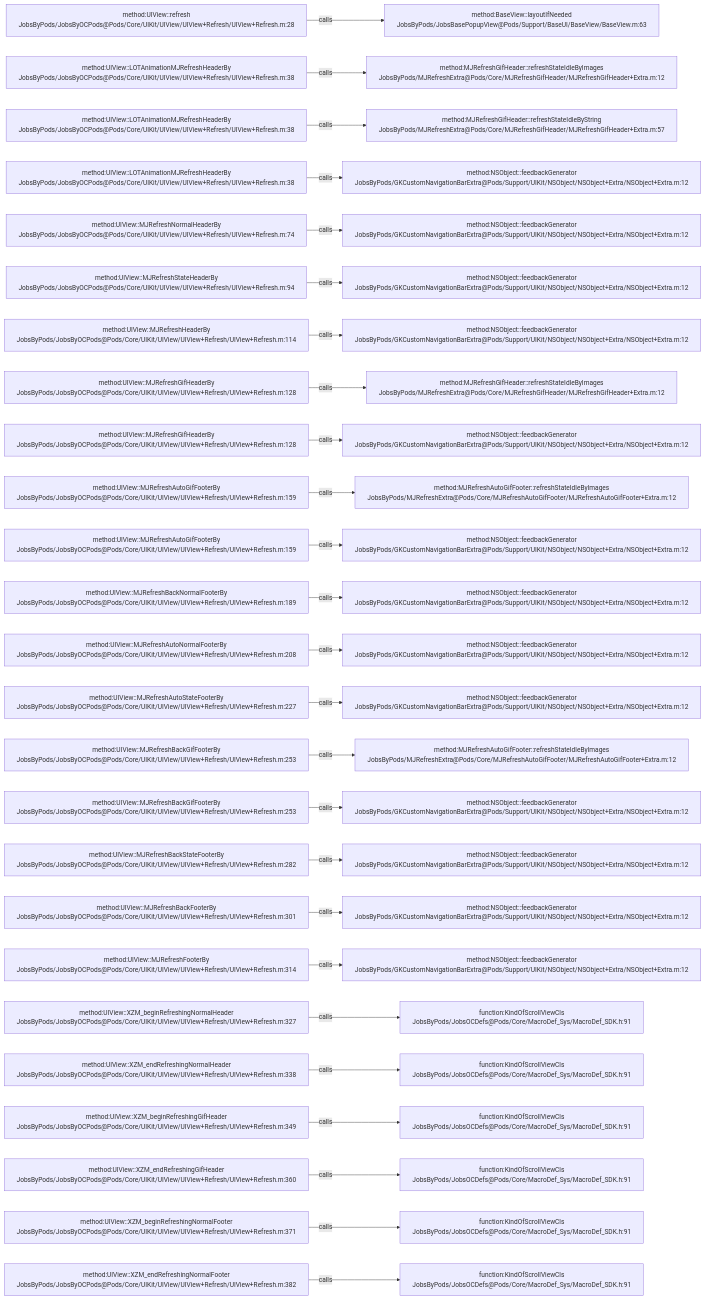
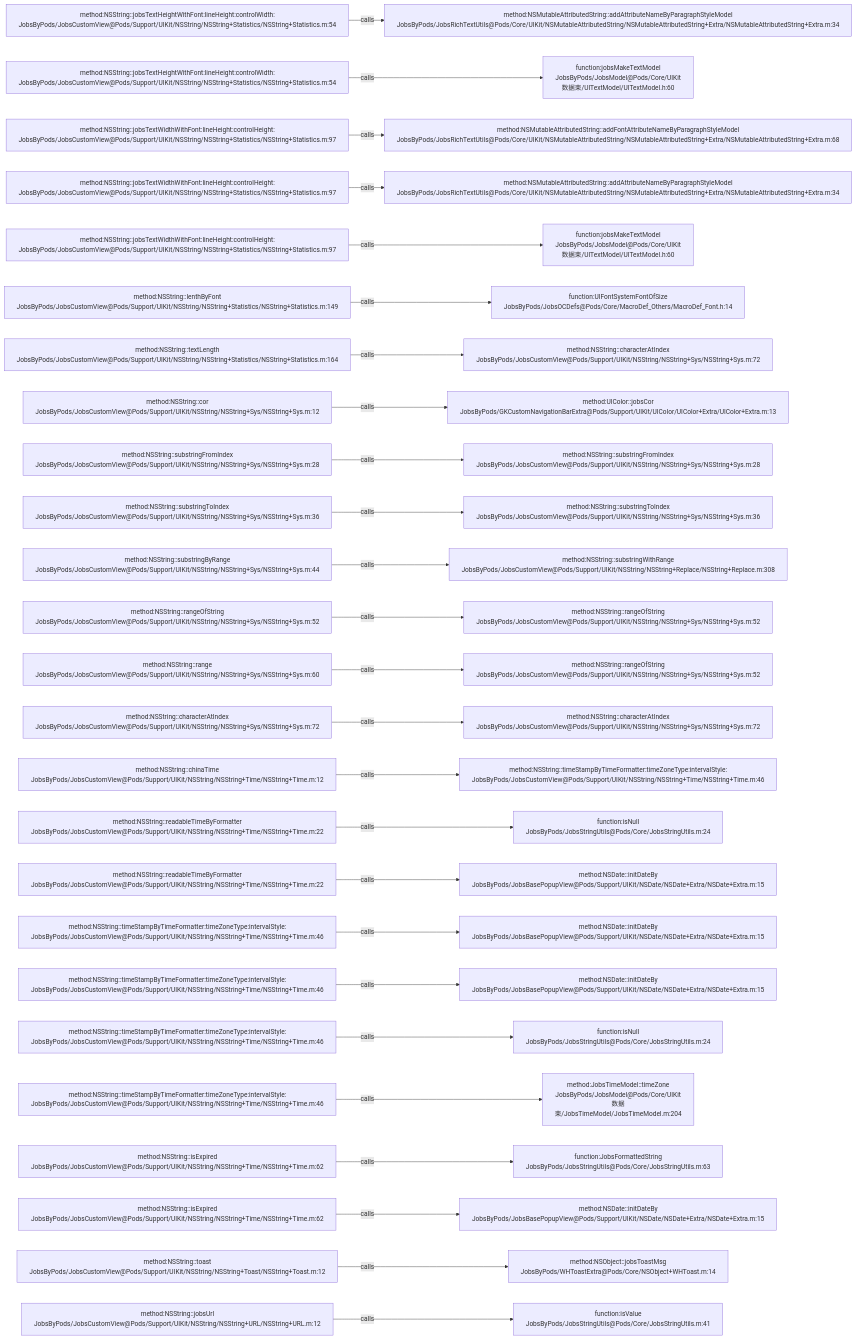
One commit to JobsKits/JobsOCBaseConfigDemo changed the diagram in .codegraph/codegraph.md/graphs/calls-087.md. Above: the diagram before and after it, drawn with Mermaid. The commit also changed 1026 other files, not shown here.

````diff
--- a/.codegraph/codegraph.md/graphs/calls-087.md
+++ b/.codegraph/codegraph.md/graphs/calls-087.md
@@ -13,78 +13,78 @@
 ```mermaid
 flowchart LR
-  S1["method:UIView::refresh<br/>JobsByPods/JobsByOCPods@Pods/Core/UIKit/UIView/UIView+Refresh/UIView+Refresh.m:28"]
-  T1["method:BaseView::layoutIfNeeded<br/>JobsByPods/JobsBasePopupView@Pods/Support/BaseUI/BaseView/BaseView.m:63"]
+  S1["method:NSString::jobsTextHeightWithFont:lineHeight:controlWidth:<br/>JobsByPods/JobsCustomView@Pods/Support/UIKit/NSString/NSString+Statistics/NSString+Statistics.m:54"]
+  T1["method:NSMutableAttributedString::addAttributeNameByParagraphStyleModel<br/>JobsByPods/JobsRichTextUtils@Pods/Core/UIKit/NSMutableAttributedString/NSMutableAttributedString+Extra/NSMutableAttributedString+Extra.m:34"]
   S1 -->|calls| T1
-  S2["method:UIView::LOTAnimationMJRefreshHeaderBy<br/>JobsByPods/JobsByOCPods@Pods/Core/UIKit/UIView/UIView+Refresh/UIView+Refresh.m:38"]
-  T2["method:MJRefreshGifHeader::refreshStateIdleByImages<br/>JobsByPods/MJRefreshExtra@Pods/Core/MJRefreshGifHeader/MJRefreshGifHeader+Extra.m:12"]
+  S2["method:NSString::jobsTextHeightWithFont:lineHeight:controlWidth:<br/>JobsByPods/JobsCustomView@Pods/Support/UIKit/NSString/NSString+Statistics/NSString+Statistics.m:54"]
+  T2["function:jobsMakeTextModel<br/>JobsByPods/JobsModel@Pods/Core/UIKit数据束/UITextModel/UITextModel.h:60"]
   S2 -->|calls| T2
-  S3["method:UIView::LOTAnimationMJRefreshHeaderBy<br/>JobsByPods/JobsByOCPods@Pods/Core/UIKit/UIView/UIView+Refresh/UIView+Refresh.m:38"]
-  T3["method:MJRefreshGifHeader::refreshStateIdleByString<br/>JobsByPods/MJRefreshExtra@Pods/Core/MJRefreshGifHeader/MJRefreshGifHeader+Extra.m:57"]
+  S3["method:NSString::jobsTextWidthWithFont:lineHeight:controlHeight:<br/>JobsByPods/JobsCustomView@Pods/Support/UIKit/NSString/NSString+Statistics/NSString+Statistics.m:97"]
+  T3["method:NSMutableAttributedString::addFontAttributeNameByParagraphStyleModel<br/>JobsByPods/JobsRichTextUtils@Pods/Core/UIKit/NSMutableAttributedString/NSMutableAttributedString+Extra/NSMutableAttributedString+Extra.m:68"]
   S3 -->|calls| T3
-  S4["method:UIView::LOTAnimationMJRefreshHeaderBy<br/>JobsByPods/JobsByOCPods@Pods/Core/UIKit/UIView/UIView+Refresh/UIView+Refresh.m:38"]
-  T4["method:NSObject::feedbackGenerator<br/>JobsByPods/GKCustomNavigationBarExtra@Pods/Support/UIKit/NSObject/NSObject+Extra/NSObject+Extra.m:12"]
+  S4["method:NSString::jobsTextWidthWithFont:lineHeight:controlHeight:<br/>JobsByPods/JobsCustomView@Pods/Support/UIKit/NSString/NSString+Statistics/NSString+Statistics.m:97"]
+  T4["method:NSMutableAttributedString::addAttributeNameByParagraphStyleModel<br/>JobsByPods/JobsRichTextUtils@Pods/Core/UIKit/NSMutableAttributedString/NSMutableAttributedString+Extra/NSMutableAttributedString+Extra.m:34"]
   S4 -->|calls| T4
-  S5["method:UIView::MJRefreshNormalHeaderBy<br/>JobsByPods/JobsByOCPods@Pods/Core/UIKit/UIView/UIView+Refresh/UIView+Refresh.m:74"]
-  T5["method:NSObject::feedbackGenerator<br/>JobsByPods/GKCustomNavigationBarExtra@Pods/Support/UIKit/NSObject/NSObject+Extra/NSObject+Extra.m:12"]
+  S5["method:NSString::jobsTextWidthWithFont:lineHeight:controlHeight:<br/>JobsByPods/JobsCustomView@Pods/Support/UIKit/NSString/NSString+Statistics/NSString+Statistics.m:97"]
+  T5["function:jobsMakeTextModel<br/>JobsByPods/JobsModel@Pods/Core/UIKit数据束/UITextModel/UITextModel.h:60"]
   S5 -->|calls| T5
-  S6["method:UIView::MJRefreshStateHeaderBy<br/>JobsByPods/JobsByOCPods@Pods/Core/UIKit/UIView/UIView+Refresh/UIView+Refresh.m:94"]
-  T6["method:NSObject::feedbackGenerator<br/>JobsByPods/GKCustomNavigationBarExtra@Pods/Support/UIKit/NSObject/NSObject+Extra/NSObject+Extra.m:12"]
+  S6["method:NSString::lenthByFont<br/>JobsByPods/JobsCustomView@Pods/Support/UIKit/NSString/NSString+Statistics/NSString+Statistics.m:149"]
+  T6["function:UIFontSystemFontOfSize<br/>JobsByPods/JobsOCDefs@Pods/Core/MacroDef_Others/MacroDef_Font.h:14"]
   S6 -->|calls| T6
-  S7["method:UIView::MJRefreshHeaderBy<br/>JobsByPods/JobsByOCPods@Pods/Core/UIKit/UIView/UIView+Refresh/UIView+Refresh.m:114"]
-  T7["method:NSObject::feedbackGenerator<br/>JobsByPods/GKCustomNavigationBarExtra@Pods/Support/UIKit/NSObject/NSObject+Extra/NSObject+Extra.m:12"]
+  S7["method:NSString::textLength<br/>JobsByPods/JobsCustomView@Pods/Support/UIKit/NSString/NSString+Statistics/NSString+Statistics.m:164"]
+  T7["method:NSString::characterAtIndex<br/>JobsByPods/JobsCustomView@Pods/Support/UIKit/NSString/NSString+Sys/NSString+Sys.m:72"]
   S7 -->|calls| T7
-  S8["method:UIView::MJRefreshGifHeaderBy<br/>JobsByPods/JobsByOCPods@Pods/Core/UIKit/UIView/UIView+Refresh/UIView+Refresh.m:128"]
-  T8["method:MJRefreshGifHeader::refreshStateIdleByImages<br/>JobsByPods/MJRefreshExtra@Pods/Core/MJRefreshGifHeader/MJRefreshGifHeader+Extra.m:12"]
+  S8["method:NSString::cor<br/>JobsByPods/JobsCustomView@Pods/Support/UIKit/NSString/NSString+Sys/NSString+Sys.m:12"]
+  T8["method:UIColor::jobsCor<br/>JobsByPods/GKCustomNavigationBarExtra@Pods/Support/UIKit/UIColor/UIColor+Extra/UIColor+Extra.m:13"]
   S8 -->|calls| T8
-  S9["method:UIView::MJRefreshGifHeaderBy<br/>JobsByPods/JobsByOCPods@Pods/Core/UIKit/UIView/UIView+Refresh/UIView+Refresh.m:128"]
-  T9["method:NSObject::feedbackGenerator<br/>JobsByPods/GKCustomNavigationBarExtra@Pods/Support/UIKit/NSObject/NSObject+Extra/NSObject+Extra.m:12"]
+  S9["method:NSString::substringFromIndex<br/>JobsByPods/JobsCustomView@Pods/Support/UIKit/NSString/NSString+Sys/NSString+Sys.m:28"]
+  T9["method:NSString::substringFromIndex<br/>JobsByPods/JobsCustomView@Pods/Support/UIKit/NSString/NSString+Sys/NSString+Sys.m:28"]
   S9 -->|calls| T9
-  S10["method:UIView::MJRefreshAutoGifFooterBy<br/>JobsByPods/JobsByOCPods@Pods/Core/UIKit/UIView/UIView+Refresh/UIView+Refresh.m:159"]
-  T10["method:MJRefreshAutoGifFooter::refreshStateIdleByImages<br/>JobsByPods/MJRefreshExtra@Pods/Core/MJRefreshAutoGifFooter/MJRefreshAutoGifFooter+Extra.m:12"]
+  S10["method:NSString::substringToIndex<br/>JobsByPods/JobsCustomView@Pods/Support/UIKit/NSString/NSString+Sys/NSString+Sys.m:36"]
+  T10["method:NSString::substringToIndex<br/>JobsByPods/JobsCustomView@Pods/Support/UIKit/NSString/NSString+Sys/NSString+Sys.m:36"]
   S10 -->|calls| T10
-  S11["method:UIView::MJRefreshAutoGifFooterBy<br/>JobsByPods/JobsByOCPods@Pods/Core/UIKit/UIView/UIView+Refresh/UIView+Refresh.m:159"]
-  T11["method:NSObject::feedbackGenerator<br/>JobsByPods/GKCustomNavigationBarExtra@Pods/Support/UIKit/NSObject/NSObject+Extra/NSObject+Extra.m:12"]
+  S11["method:NSString::substringByRange<br/>JobsByPods/JobsCustomView@Pods/Support/UIKit/NSString/NSString+Sys/NSString+Sys.m:44"]
+  T11["method:NSString::substringWithRange<br/>JobsByPods/JobsCustomView@Pods/Support/UIKit/NSString/NSString+Replace/NSString+Replace.m:308"]
   S11 -->|calls| T11
-  S12["method:UIView::MJRefreshBackNormalFooterBy<br/>JobsByPods/JobsByOCPods@Pods/Core/UIKit/UIView/UIView+Refresh/UIView+Refresh.m:189"]
-  T12["method:NSObject::feedbackGenerator<br/>JobsByPods/GKCustomNavigationBarExtra@Pods/Support/UIKit/NSObject/NSObject+Extra/NSObject+Extra.m:12"]
+  S12["method:NSString::rangeOfString<br/>JobsByPods/JobsCustomView@Pods/Support/UIKit/NSString/NSString+Sys/NSString+Sys.m:52"]
+  T12["method:NSString::rangeOfString<br/>JobsByPods/JobsCustomView@Pods/Support/UIKit/NSString/NSString+Sys/NSString+Sys.m:52"]
   S12 -->|calls| T12
-  S13["method:UIView::MJRefreshAutoNormalFooterBy<br/>JobsByPods/JobsByOCPods@Pods/Core/UIKit/UIView/UIView+Refresh/UIView+Refresh.m:208"]
-  T13["method:NSObject::feedbackGenerator<br/>JobsByPods/GKCustomNavigationBarExtra@Pods/Support/UIKit/NSObject/NSObject+Extra/NSObject+Extra.m:12"]
+  S13["method:NSString::range<br/>JobsByPods/JobsCustomView@Pods/Support/UIKit/NSString/NSString+Sys/NSString+Sys.m:60"]
+  T13["method:NSString::rangeOfString<br/>JobsByPods/JobsCustomView@Pods/Support/UIKit/NSString/NSString+Sys/NSString+Sys.m:52"]
   S13 -->|calls| T13
-  S14["method:UIView::MJRefreshAutoStateFooterBy<br/>JobsByPods/JobsByOCPods@Pods/Core/UIKit/UIView/UIView+Refresh/UIView+Refresh.m:227"]
-  T14["method:NSObject::feedbackGenerator<br/>JobsByPods/GKCustomNavigationBarExtra@Pods/Support/UIKit/NSObject/NSObject+Extra/NSObject+Extra.m:12"]
+  S14["method:NSString::characterAtIndex<br/>JobsByPods/JobsCustomView@Pods/Support/UIKit/NSString/NSString+Sys/NSString+Sys.m:72"]
+  T14["method:NSString::characterAtIndex<br/>JobsByPods/JobsCustomView@Pods/Support/UIKit/NSString/NSString+Sys/NSString+Sys.m:72"]
   S14 -->|calls| T14
-  S15["method:UIView::MJRefreshBackGifFooterBy<br/>JobsByPods/JobsByOCPods@Pods/Core/UIKit/UIView/UIView+Refresh/UIView+Refresh.m:253"]
-  T15["method:MJRefreshAutoGifFooter::refreshStateIdleByImages<br/>JobsByPods/MJRefreshExtra@Pods/Core/MJRefreshAutoGifFooter/MJRefreshAutoGifFooter+Extra.m:12"]
+  S15["method:NSString::chinaTime<br/>JobsByPods/JobsCustomView@Pods/Support/UIKit/NSString/NSString+Time/NSString+Time.m:12"]
+  T15["method:NSString::timeStampByTimeFormatter:timeZoneType:intervalStyle:<br/>JobsByPods/JobsCustomView@Pods/Support/UIKit/NSString/NSString+Time/NSString+Time.m:46"]
   S15 -->|calls| T15
-  S16["method:UIView::MJRefreshBackGifFooterBy<br/>JobsByPods/JobsByOCPods@Pods/Core/UIKit/UIView/UIView+Refresh/UIView+Refresh.m:253"]
-  T16["method:NSObject::feedbackGenerator<br/>JobsByPods/GKCustomNavigationBarExtra@Pods/Support/UIKit/NSObject/NSObject+Extra/NSObject+Extra.m:12"]
+  S16["method:NSString::readableTimeByFormatter<br/>JobsByPods/JobsCustomView@Pods/Support/UIKit/NSString/NSString+Time/NSString+Time.m:22"]
+  T16["function:isNull<br/>JobsByPods/JobsStringUtils@Pods/Core/JobsStringUtils.m:24"]
   S16 -->|calls| T16
-  S17["method:UIView::MJRefreshBackStateFooterBy<br/>JobsByPods/JobsByOCPods@Pods/Core/UIKit/UIView/UIView+Refresh/UIView+Refresh.m:282"]
-  T17["method:NSObject::feedbackGenerator<br/>JobsByPods/GKCustomNavigationBarExtra@Pods/Support/UIKit/NSObject/NSObject+Extra/NSObject+Extra.m:12"]
+  S17["method:NSString::readableTimeByFormatter<br/>JobsByPods/JobsCustomView@Pods/Support/UIKit/NSString/NSString+Time/NSString+Time.m:22"]
+  T17["method:NSDate::initDateBy<br/>JobsByPods/JobsBasePopupView@Pods/Support/UIKit/NSDate/NSDate+Extra/NSDate+Extra.m:15"]
   S17 -->|calls| T17
-  S18["method:UIView::MJRefreshBackFooterBy<br/>JobsByPods/JobsByOCPods@Pods/Core/UIKit/UIView/UIView+Refresh/UIView+Refresh.m:301"]
-  T18["method:NSObject::feedbackGenerator<br/>JobsByPods/GKCustomNavigationBarExtra@Pods/Support/UIKit/NSObject/NSObject+Extra/NSObject+Extra.m:12"]
+  S18["method:NSString::timeStampByTimeFormatter:timeZoneType:intervalStyle:<br/>JobsByPods/JobsCustomView@Pods/Support/UIKit/NSString/NSString+Time/NSString+Time.m:46"]
+  T18["method:NSDate::initDateBy<br/>JobsByPods/JobsBasePopupView@Pods/Support/UIKit/NSDate/NSDate+Extra/NSDate+Extra.m:15"]
   S18 -->|calls| T18
-  S19["method:UIView::MJRefreshFooterBy<br/>JobsByPods/JobsByOCPods@Pods/Core/UIKit/UIView/UIView+Refresh/UIView+Refresh.m:314"]
-  T19["method:NSObject::feedbackGenerator<br/>JobsByPods/GKCustomNavigationBarExtra@Pods/Support/UIKit/NSObject/NSObject+Extra/NSObject+Extra.m:12"]
+  S19["method:NSString::timeStampByTimeFormatter:timeZoneType:intervalStyle:<br/>JobsByPods/JobsCustomView@Pods/Support/UIKit/NSString/NSString+Time/NSString+Time.m:46"]
+  T19["method:NSDate::initDateBy<br/>JobsByPods/JobsBasePopupView@Pods/Support/UIKit/NSDate/NSDate+Extra/NSDate+Extra.m:15"]
   S19 -->|calls| T19
-  S20["method:UIView::XZM_beginRefreshingNormalHeader<br/>JobsByPods/JobsByOCPods@Pods/Core/UIKit/UIView/UIView+Refresh/UIView+Refresh.m:327"]
-  T20["function:KindOfScrollViewCls<br/>JobsByPods/JobsOCDefs@Pods/Core/MacroDef_Sys/MacroDef_SDK.h:91"]
+  S20["method:NSString::timeStampByTimeFormatter:timeZoneType:intervalStyle:<br/>JobsByPods/JobsCustomView@Pods/Support/UIKit/NSString/NSString+Time/NSString+Time.m:46"]
+  T20["function:isNull<br/>JobsByPods/JobsStringUtils@Pods/Core/JobsStringUtils.m:24"]
   S20 -->|calls| T20
-  S21["method:UIView::XZM_endRefreshingNormalHeader<br/>JobsByPods/JobsByOCPods@Pods/Core/UIKit/UIView/UIView+Refresh/UIView+Refresh.m:338"]
-  T21["function:KindOfScrollViewCls<br/>JobsByPods/JobsOCDefs@Pods/Core/MacroDef_Sys/MacroDef_SDK.h:91"]
+  S21["method:NSString::timeStampByTimeFormatter:timeZoneType:intervalStyle:<br/>JobsByPods/JobsCustomView@Pods/Support/UIKit/NSString/NSString+Time/NSString+Time.m:46"]
+  T21["method:JobsTimeModel::timeZone<br/>JobsByPods/JobsModel@Pods/Core/UIKit数据束/JobsTimeModel/JobsTimeModel.m:204"]
   S21 -->|calls| T21
-  S22["method:UIView::XZM_beginRefreshingGifHeader<br/>JobsByPods/JobsByOCPods@Pods/Core/UIKit/UIView/UIView+Refresh/UIView+Refresh.m:349"]
-  T22["function:KindOfScrollViewCls<br/>JobsByPods/JobsOCDefs@Pods/Core/MacroDef_Sys/MacroDef_SDK.h:91"]
+  S22["method:NSString::isExpired<br/>JobsByPods/JobsCustomView@Pods/Support/UIKit/NSString/NSString+Time/NSString+Time.m:62"]
+  T22["function:JobsFormattedString<br/>JobsByPods/JobsStringUtils@Pods/Core/JobsStringUtils.m:63"]
   S22 -->|calls| T22
-  S23["method:UIView::XZM_endRefreshingGifHeader<br/>JobsByPods/JobsByOCPods@Pods/Core/UIKit/UIView/UIView+Refresh/UIView+Refresh.m:360"]
-  T23["function:KindOfScrollViewCls<br/>JobsByPods/JobsOCDefs@Pods/Core/MacroDef_Sys/MacroDef_SDK.h:91"]
+  S23["method:NSString::isExpired<br/>JobsByPods/JobsCustomView@Pods/Support/UIKit/NSString/NSString+Time/NSString+Time.m:62"]
+  T23["method:NSDate::initDateBy<br/>JobsByPods/JobsBasePopupView@Pods/Support/UIKit/NSDate/NSDate+Extra/NSDate+Extra.m:15"]
   S23 -->|calls| T23
-  S24["method:UIView::XZM_beginRefreshingNormalFooter<br/>JobsByPods/JobsByOCPods@Pods/Core/UIKit/UIView/UIView+Refresh/UIView+Refresh.m:371"]
-  T24["function:KindOfScrollViewCls<br/>JobsByPods/JobsOCDefs@Pods/Core/MacroDef_Sys/MacroDef_SDK.h:91"]
+  S24["method:NSString::toast<br/>JobsByPods/JobsCustomView@Pods/Support/UIKit/NSString/NSString+Toast/NSString+Toast.m:12"]
+  T24["method:NSObject::jobsToastMsg<br/>JobsByPods/WHToastExtra@Pods/Core/NSObject+WHToast.m:14"]
   S24 -->|calls| T24
-  S25["method:UIView::XZM_endRefreshingNormalFooter<br/>JobsByPods/JobsByOCPods@Pods/Core/UIKit/UIView/UIView+Refresh/UIView+Refresh.m:382"]
-  T25["function:KindOfScrollViewCls<br/>JobsByPods/JobsOCDefs@Pods/Core/MacroDef_Sys/MacroDef_SDK.h:91"]
+  S25["method:NSString::jobsUrl<br/>JobsByPods/JobsCustomView@Pods/Support/UIKit/NSString/NSString+URL/NSString+URL.m:12"]
+  T25["function:isValue<br/>JobsByPods/JobsStringUtils@Pods/Core/JobsStringUtils.m:41"]
   S25 -->|calls| T25
 ```
````
